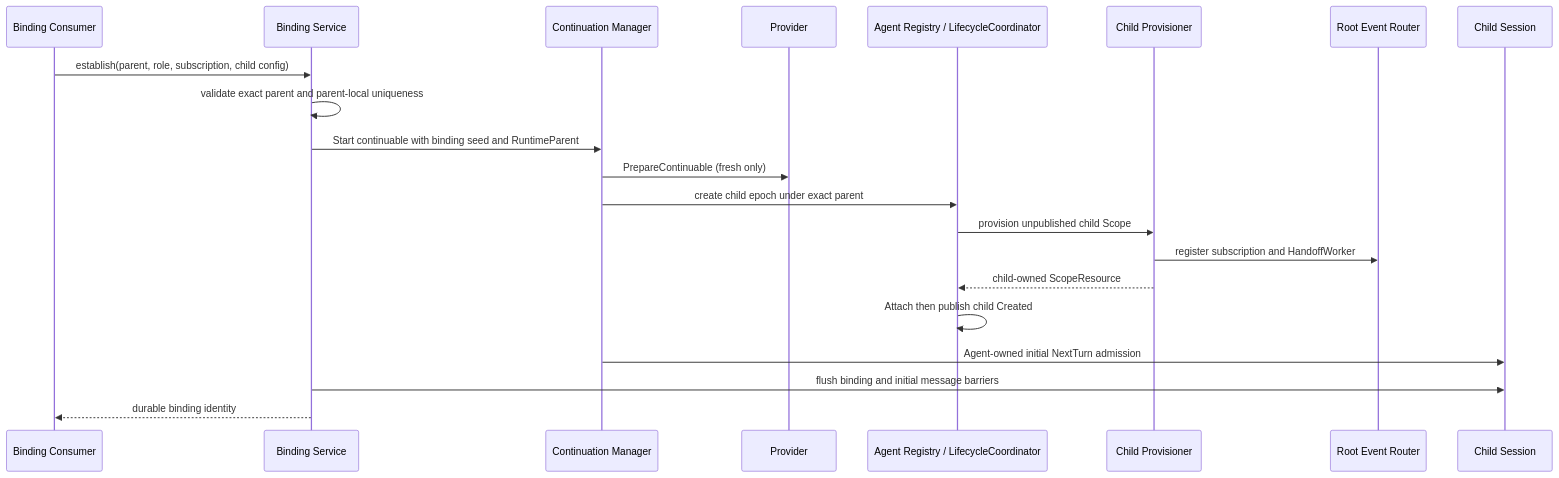
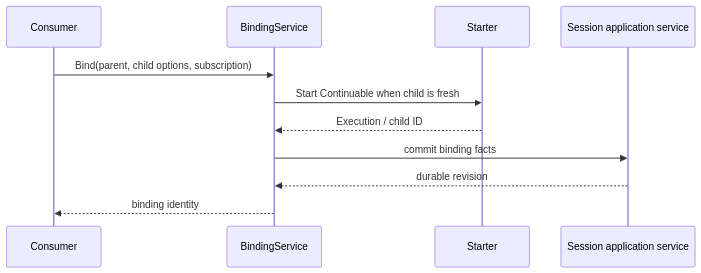
The first of 3 diagrams in subagent/docs/parent-bound-design.zh-CN.md (gorenx/goren), drawn with Mermaid before and after one commit. The commit also changed other lines of this file and 36 other files, not shown here.

````diff
--- a/subagent/docs/parent-bound-design.zh-CN.md
+++ b/subagent/docs/parent-bound-design.zh-CN.md
@@ -285,24 +162,14 @@
 ```mermaid
 sequenceDiagram
-    participant C as Binding Consumer
-    participant B as Binding Service
-    participant M as Continuation Manager
-    participant P as Provider
-    participant A as Agent Registry / LifecycleCoordinator
-    participant V as Child Provisioner
-    participant R as Root Event Router
-    participant S as Child Session
+    participant C as Consumer
+    participant B as BindingService
+    participant S as Starter
+    participant P as Session application service
 
-    C->>B: establish(parent, role, subscription, child config)
-    B->>B: validate exact parent and parent-local uniqueness
-    B->>M: Start continuable with binding seed and RuntimeParent
-    M->>P: PrepareContinuable (fresh only)
-    M->>A: create child epoch under exact parent
-    A->>V: provision unpublished child Scope
-    V->>R: register subscription and HandoffWorker
-    V-->>A: child-owned ScopeResource
-    A->>A: Attach then publish child Created
-    M->>S: Agent-owned initial NextTurn admission
-    B->>S: flush binding and initial message barriers
-    B-->>C: durable binding identity
+    C->>B: Bind(parent, child options, subscription)
+    B->>S: Start Continuable when child is fresh
+    S-->>B: Execution / child ID
+    B->>P: commit binding facts
+    P-->>B: durable revision
+    B-->>C: binding identity
 ```
````
